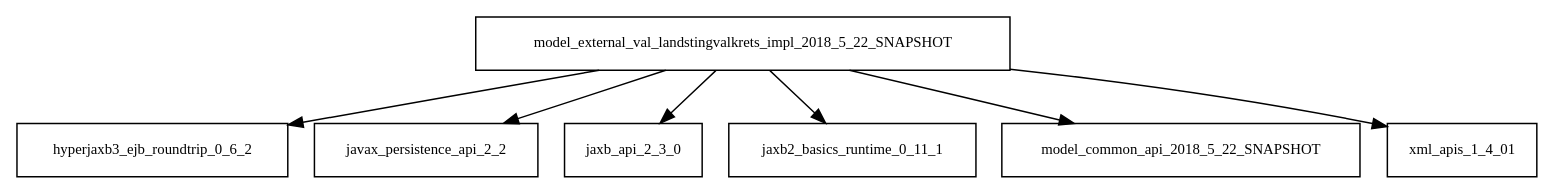
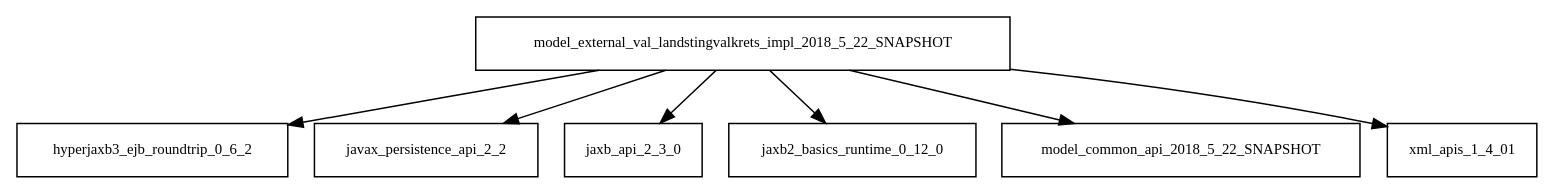
One commit to sjvs/cia changed the diagram in tattleTaleReport/graphviz/model.external.val.landstingvalkrets.impl-2018.5.22-SNAPSHOT.jar/model.external.val.landstingvalkrets.impl-2018.5.22-SNAPSHOT.jar.dot. Above: the diagram before and after it, drawn with Graphviz. The commit also changed 2050 other files, not shown here.

```diff
--- a/tattleTaleReport/graphviz/model.external.val.landstingvalkrets.impl-2018.5.22-SNAPSHOT.jar/model.external.val.landstingvalkrets.impl-2018.5.22-SNAPSHOT.jar.dot
+++ b/tattleTaleReport/graphviz/model.external.val.landstingvalkrets.impl-2018.5.22-SNAPSHOT.jar/model.external.val.landstingvalkrets.impl-2018.5.22-SNAPSHOT.jar.dot
@@ -1,9 +1,9 @@
 digraph model_external_val_landstingvalkrets_impl_2018_5_22_SNAPSHOT_dependencies {
   node [shape = box, fontsize=10.0];
   model_external_val_landstingvalkrets_impl_2018_5_22_SNAPSHOT -> hyperjaxb3_ejb_roundtrip_0_6_2;
   model_external_val_landstingvalkrets_impl_2018_5_22_SNAPSHOT -> javax_persistence_api_2_2;
   model_external_val_landstingvalkrets_impl_2018_5_22_SNAPSHOT -> jaxb_api_2_3_0;
-  model_external_val_landstingvalkrets_impl_2018_5_22_SNAPSHOT -> jaxb2_basics_runtime_0_11_1;
+  model_external_val_landstingvalkrets_impl_2018_5_22_SNAPSHOT -> jaxb2_basics_runtime_0_12_0;
   model_external_val_landstingvalkrets_impl_2018_5_22_SNAPSHOT -> model_common_api_2018_5_22_SNAPSHOT;
   model_external_val_landstingvalkrets_impl_2018_5_22_SNAPSHOT -> xml_apis_1_4_01;
 }
```
